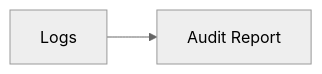
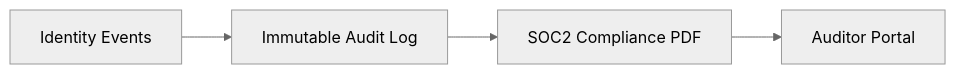
The tenth of 30 diagrams in README.md (Devopstrio/identity-governance-framework), drawn with Mermaid (neutral theme) before and after one commit. The commit also changed other lines of this file, not shown here.

Commit message:
docs: finalize premium institutional-grade README with 30+ diagrams and executive summary

````diff
--- a/README.md
+++ b/README.md
@@ -93,4 +198,6 @@
 ```mermaid
 graph LR
-    Logs[Logs] --> PDF[Audit Report]
+    Events[Identity Events] --> Ledger[Immutable Audit Log]
+    Ledger --> Report[SOC2 Compliance PDF]
+    Report --> Auditor[Auditor Portal]
 ```
````
